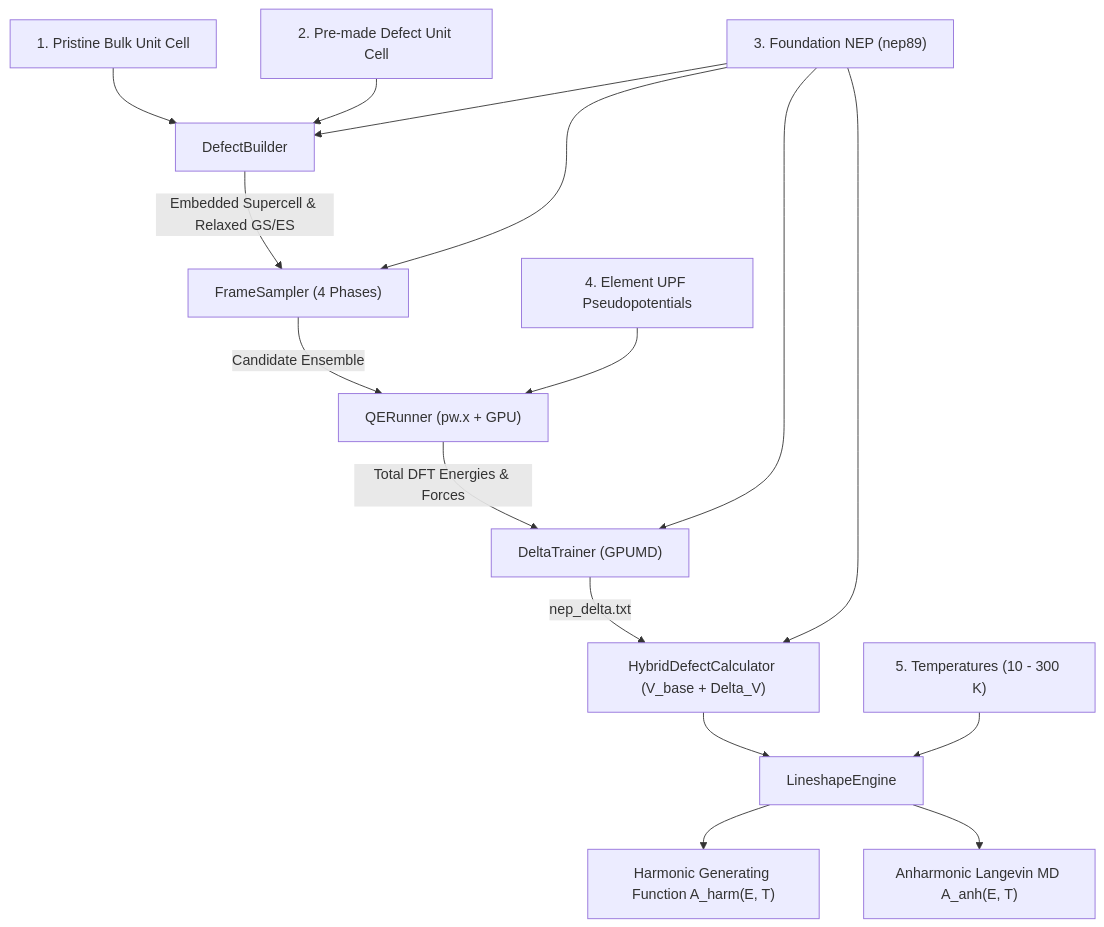
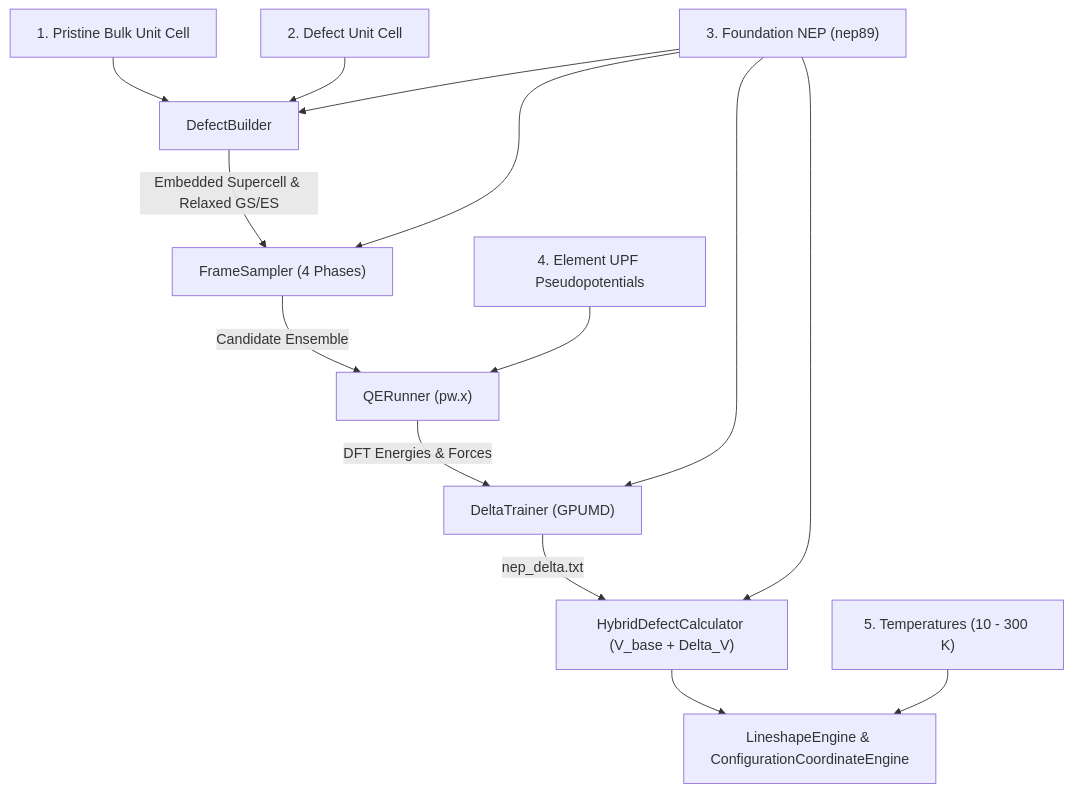
One commit to gsurfer04/HyDePh changed the diagram in README.md. Above: the diagram before and after it, drawn with Mermaid. The commit also changed other lines of this file and 19 other files, not shown here.

````diff
--- a/README.md
+++ b/README.md
@@ -251,18 +193,16 @@
 ```mermaid
 flowchart TD
     Pristine["1. Pristine Bulk Unit Cell"] --> DB["DefectBuilder"]
-    Defect["2. Pre-made Defect Unit Cell"] --> DB
+    Defect["2. Defect Unit Cell"] --> DB
     BasePot["3. Foundation NEP (nep89)"] --> DB
     BasePot --> FS["FrameSampler (4 Phases)"]
     DB --> |"Embedded Supercell & Relaxed GS/ES"| FS
-    FS --> |"Candidate Ensemble"| QE["QERunner (pw.x + GPU)"]
+    FS --> |"Candidate Ensemble"| QE["QERunner (pw.x)"]
     Pseudos["4. Element UPF Pseudopotentials"] --> QE
-    QE --> |"Total DFT Energies & Forces"| DT["DeltaTrainer (GPUMD)"]
+    QE --> |"DFT Energies & Forces"| DT["DeltaTrainer (GPUMD)"]
     BasePot --> DT
     DT --> |"nep_delta.txt"| Calc["HybridDefectCalculator (V_base + Delta_V)"]
     BasePot --> Calc
-    Calc --> LS["LineshapeEngine"]
+    Calc --> LS["LineshapeEngine & ConfigurationCoordinateEngine"]
     Temps["5. Temperatures (10 - 300 K)"] --> LS
-    LS --> Out1["Harmonic Generating Function A_harm(E, T)"]
-    LS --> Out2["Anharmonic Langevin MD A_anh(E, T)"]
 ```
````
